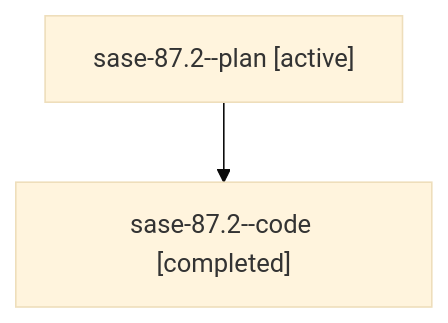
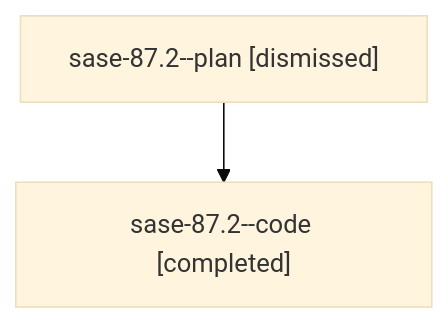
Before and after one commit to sase-org/sase--agents: the diagram in sessions/bbugyi200.athena.sase-87.2.md, drawn with Mermaid (base theme). The commit also changed other lines of this file and 88 other files, not shown here.

````diff
--- a/sessions/bbugyi200.athena.sase-87.2.md
+++ b/sessions/bbugyi200.athena.sase-87.2.md
@@ -9,6 +9,6 @@
 ```mermaid
 flowchart TD
-  n0["sase-87.2--plan [active]"]
+  n0["sase-87.2--plan [dismissed]"]
   n1["sase-87.2--code [completed]"]
   n0 --> n1
 ```
````
